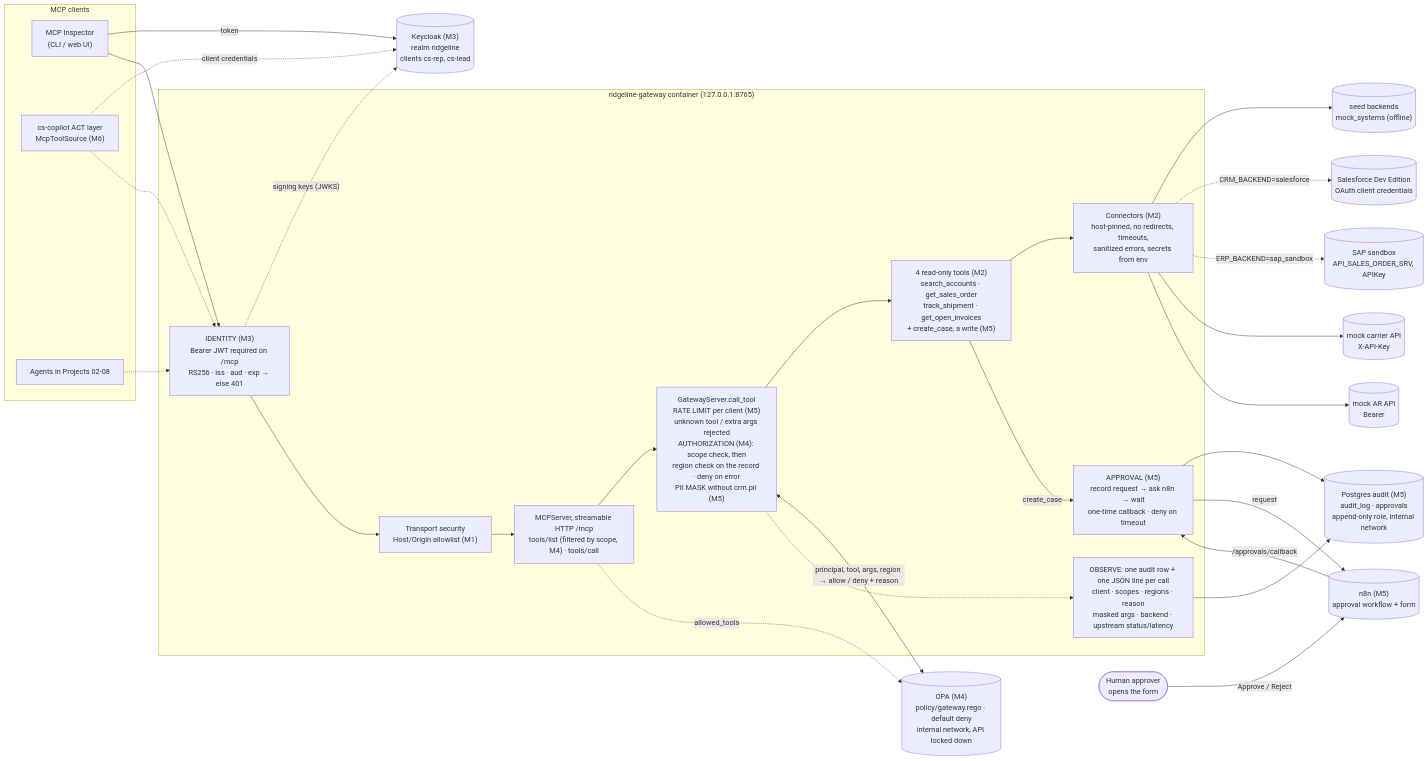
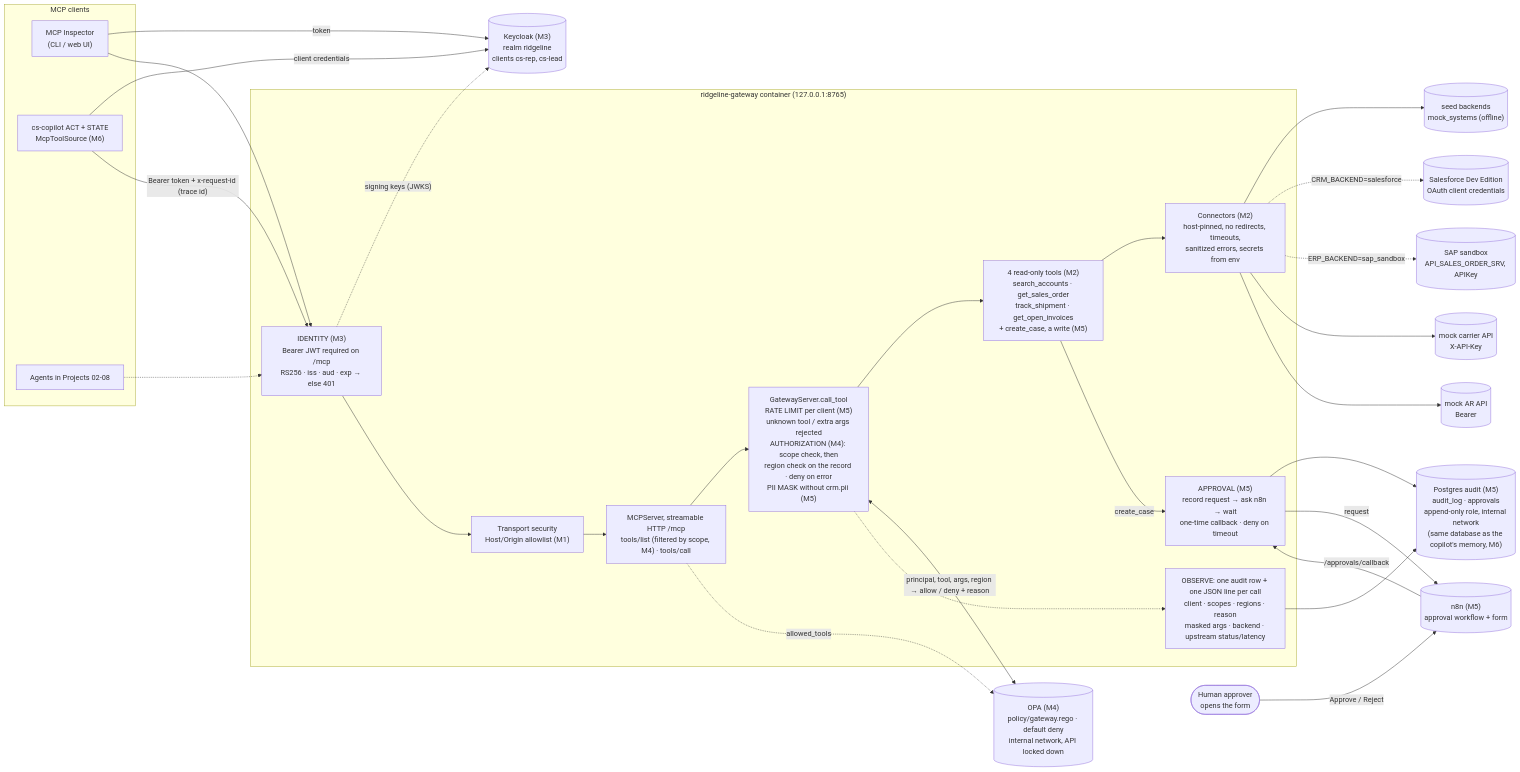
One commit to bwartman2015/agentic-integration-portfolio changed the second of 3 diagrams in projects/01-enterprise-mcp-gateway/docs/agent-architecture.md. Above: the diagram before and after it, drawn with Mermaid. The commit also changed other lines of this file and 41 other files, not shown here.

First line of the commit message:
feat(01): copilot on the MCP gateway with pgvector long-term memory

````diff
--- a/projects/01-enterprise-mcp-gateway/docs/agent-architecture.md
+++ b/projects/01-enterprise-mcp-gateway/docs/agent-architecture.md
@@ -47,49 +47,49 @@
 ```mermaid
 flowchart LR
     subgraph Clients["MCP clients"]
         INS["MCP Inspector<br/>(CLI / web UI)"]
-        CP["cs-copilot ACT layer<br/>McpToolSource (M6)"]
+        CP["cs-copilot ACT + STATE<br/>McpToolSource (M6)"]
         OTH["Agents in Projects 02-08"]
     end
     subgraph GW["ridgeline-gateway container (127.0.0.1:8765)"]
         AUTHN["IDENTITY (M3)<br/>Bearer JWT required on /mcp<br/>RS256 · iss · aud · exp → else 401"]
         TS["Transport security<br/>Host/Origin allowlist (M1)"]
         MCPS["MCPServer, streamable HTTP /mcp<br/>tools/list (filtered by scope, M4) · tools/call"]
         CT["GatewayServer.call_tool<br/>RATE LIMIT per client (M5)<br/>unknown tool / extra args rejected<br/>AUTHORIZATION (M4): scope check, then<br/>region check on the record · deny on error<br/>PII MASK without crm.pii (M5)"]
         TOOLS["4 read-only tools (M2)<br/>search_accounts · get_sales_order<br/>track_shipment · get_open_invoices<br/>+ create_case, a write (M5)"]
         APR["APPROVAL (M5)<br/>record request → ask n8n → wait<br/>one-time callback · deny on timeout"]
         CONN["Connectors (M2)<br/>host-pinned, no redirects, timeouts,<br/>sanitized errors, secrets from env"]
         LOG["OBSERVE: one audit row + one JSON line per call<br/>client · scopes · regions · reason<br/>masked args · backend · upstream status/latency"]
     end
     OPA[("OPA (M4)<br/>policy/gateway.rego · default deny<br/>internal network, API locked down")]
     SEED[("seed backends<br/>mock_systems (offline)")]
     SF[("Salesforce Dev Edition<br/>OAuth client credentials")]
     SAP[("SAP sandbox<br/>API_SALES_ORDER_SRV, APIKey")]
     CAR[("mock carrier API<br/>X-API-Key")]
     AR[("mock AR API<br/>Bearer")]
     KC[("Keycloak (M3)<br/>realm ridgeline<br/>clients cs-rep, cs-lead")]
-    PG[("Postgres audit (M5)<br/>audit_log · approvals<br/>append-only role, internal network")]
+    PG[("Postgres audit (M5)<br/>audit_log · approvals<br/>append-only role, internal network<br/>(same database as the copilot's memory, M6)")]
     N8N[("n8n (M5)<br/>approval workflow + form")]
     HUMAN(["Human approver<br/>opens the form"])
     INS -- "token" --> KC
-    CP -. "client credentials" .-> KC
+    CP -- "client credentials" --> KC
     INS --> AUTHN
-    CP -.-> AUTHN
+    CP -- "Bearer token + x-request-id (trace id)" --> AUTHN
     OTH -.-> AUTHN
     AUTHN -. "signing keys (JWKS)" .-> KC
     AUTHN --> TS --> MCPS --> CT --> TOOLS --> CONN
     CT <-- "principal, tool, args, region → allow / deny + reason" --> OPA
     MCPS -. "allowed_tools" .-> OPA
     CT -.-> LOG
     LOG --> PG
     TOOLS -- "create_case" --> APR
     APR --> PG
     APR -- "request" --> N8N
     HUMAN -- "Approve / Reject" --> N8N
     N8N -- "/approvals/callback" --> APR
     CONN --> SEED
     CONN -. "CRM_BACKEND=salesforce" .-> SF
     CONN -. "ERP_BACKEND=sap_sandbox" .-> SAP
     CONN --> CAR
     CONN --> AR
 ```
````
